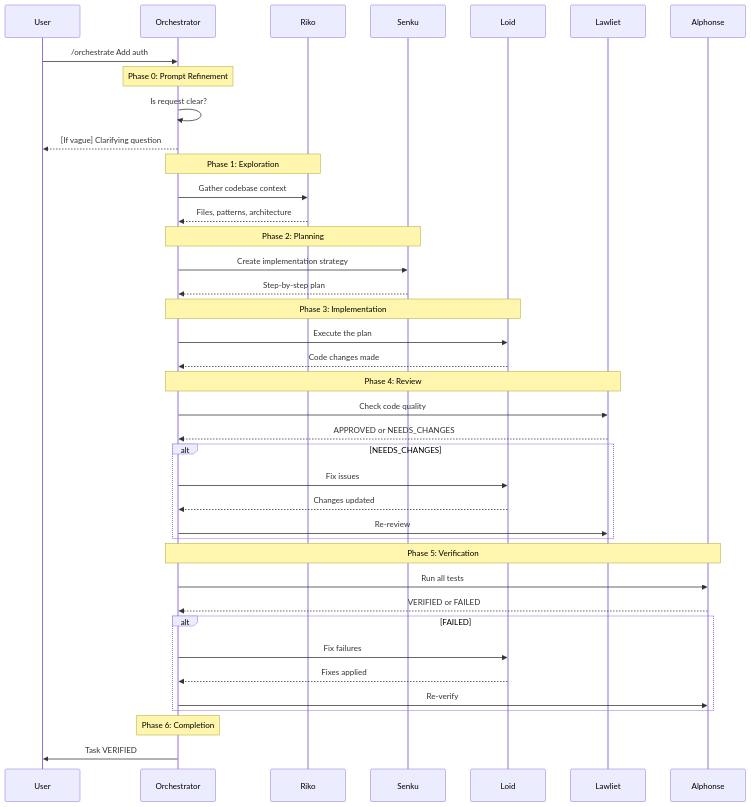
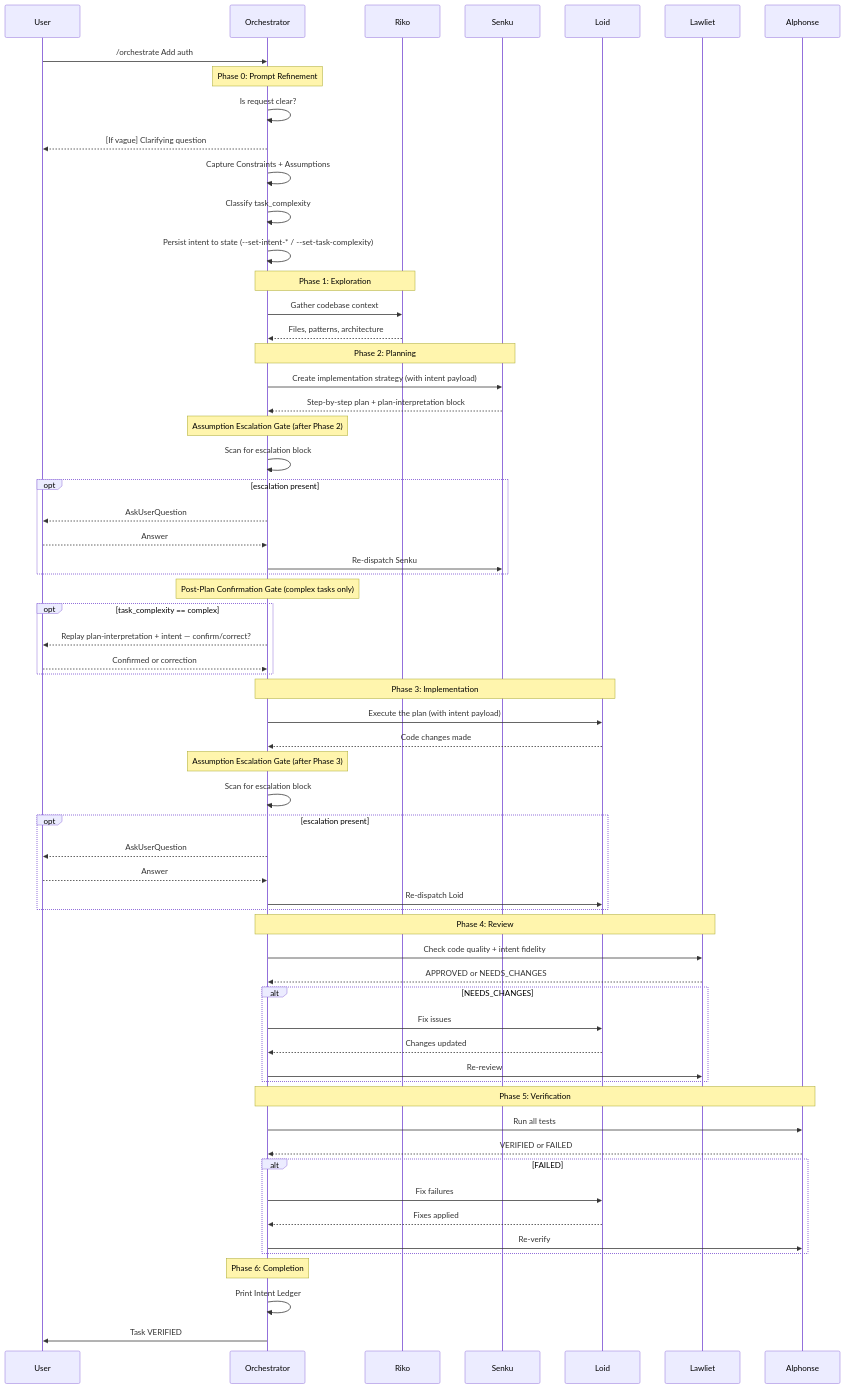
Before and after one commit to josix/agent-flow: the diagram in docs/guides/using-orchestrate.md, drawn with Mermaid. The commit also changed other lines of this file and 8 other files, not shown here.

````diff
--- a/docs/guides/using-orchestrate.md
+++ b/docs/guides/using-orchestrate.md
@@ -48,51 +48,77 @@
 ```mermaid
 sequenceDiagram
     participant U as User
     participant O as Orchestrator
     participant R as Riko
     participant S as Senku
     participant L as Loid
     participant LW as Lawliet
     participant A as Alphonse
 
     U->>O: /orchestrate Add auth
 
     Note over O: Phase 0: Prompt Refinement
     O->>O: Is request clear?
     O-->>U: [If vague] Clarifying question
+    O->>O: Capture Constraints + Assumptions
+    O->>O: Classify task_complexity
+    O->>O: Persist intent to state (--set-intent-* / --set-task-complexity)
 
     Note over O,R: Phase 1: Exploration
     O->>R: Gather codebase context
     R-->>O: Files, patterns, architecture
 
     Note over O,S: Phase 2: Planning
-    O->>S: Create implementation strategy
-    S-->>O: Step-by-step plan
+    O->>S: Create implementation strategy (with intent payload)
+    S-->>O: Step-by-step plan + plan-interpretation block
+
+    Note over O: Assumption Escalation Gate (after Phase 2)
+    O->>O: Scan for escalation block
+    opt escalation present
+        O-->>U: AskUserQuestion
+        U-->>O: Answer
+        O->>S: Re-dispatch Senku
+    end
+
+    Note over O: Post-Plan Confirmation Gate (complex tasks only)
+    opt task_complexity == complex
+        O-->>U: Replay plan-interpretation + intent — confirm/correct?
+        U-->>O: Confirmed or correction
+    end
 
     Note over O,L: Phase 3: Implementation
-    O->>L: Execute the plan
+    O->>L: Execute the plan (with intent payload)
     L-->>O: Code changes made
 
+    Note over O: Assumption Escalation Gate (after Phase 3)
+    O->>O: Scan for escalation block
+    opt escalation present
+        O-->>U: AskUserQuestion
+        U-->>O: Answer
+        O->>L: Re-dispatch Loid
+    end
+
     Note over O,LW: Phase 4: Review
-    O->>LW: Check code quality
+    O->>LW: Check code quality + intent fidelity
     LW-->>O: APPROVED or NEEDS_CHANGES
 
     alt NEEDS_CHANGES
         O->>L: Fix issues
         L-->>O: Changes updated
         O->>LW: Re-review
     end
 
     Note over O,A: Phase 5: Verification
     O->>A: Run all tests
     A-->>O: VERIFIED or FAILED
 
     alt FAILED
         O->>L: Fix failures
         L-->>O: Fixes applied
         O->>A: Re-verify
     end
 
     Note over O: Phase 6: Completion
+    O->>O: Print Intent Ledger
     O->>U: Task VERIFIED
 ```
````
